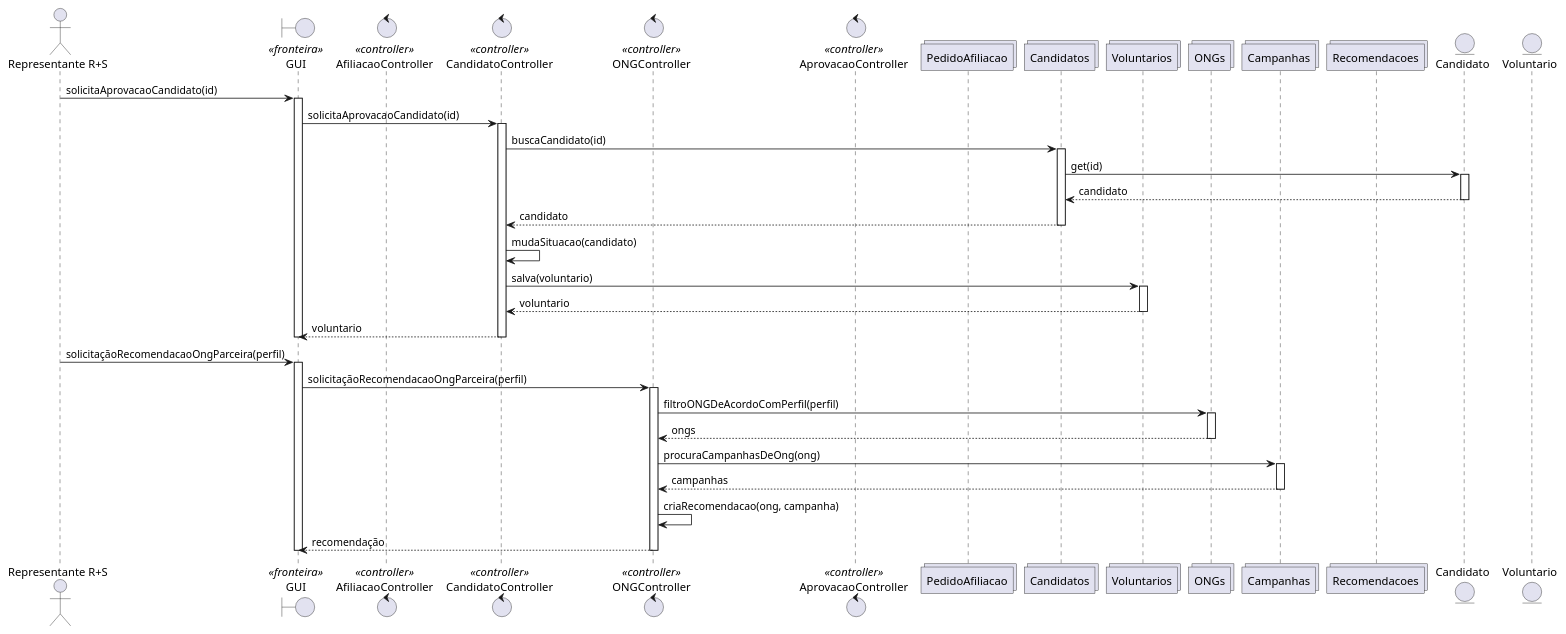
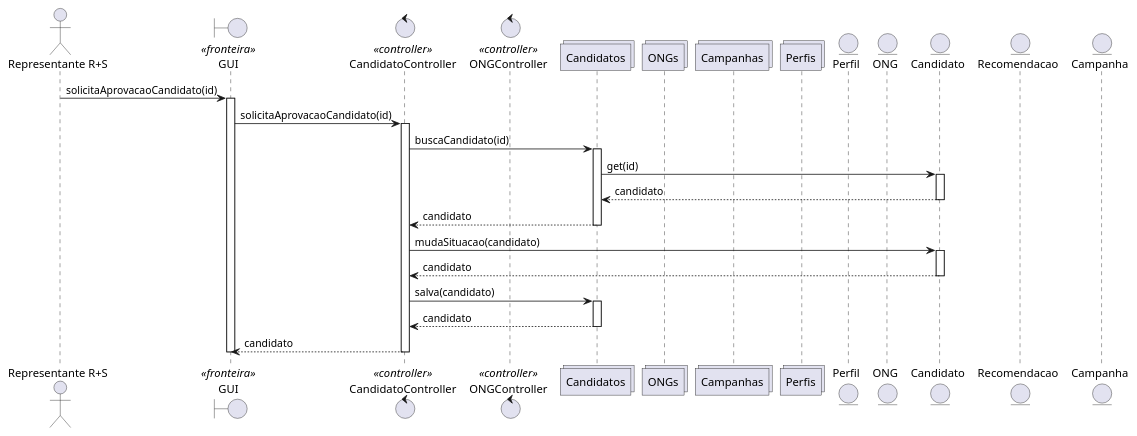
Before and after one commit to guisgiacomini/redeMaisSocialProjetoSoftware: the diagram in diagrama-sequencia/uc003/fluxo-principal/fluxo-principal-2.puml, drawn with PlantUML. The commit also changed 3 other files, not shown here.

Commit message:
Atualizando diagrama de sequencia uc003

```diff
--- a/diagrama-sequencia/uc003/fluxo-principal/fluxo-principal-2.puml
+++ b/diagrama-sequencia/uc003/fluxo-principal/fluxo-principal-2.puml
@@ -1,62 +1,48 @@
 @startuml
 actor "Representante R+S" as representante
 boundary "GUI" as gui <<fronteira>>
-control "AfiliacaoController" as afiliacaoController <<controller>>
 control "CandidatoController" as candidatoController <<controller>>
 control "ONGController" as ongController<<controller>>
-control "AprovacaoController" as aprovacaoController<<controller>>
-collections "PedidoAfiliacao" as pedidoAfiliacao
+
 collections "Candidatos" as candidatos
-collections "Voluntarios" as voluntarios
 collections "ONGs" as ongs
 collections "Campanhas" as campanhas
-collections "Recomendacoes" as recomendacoes
+collections "Perfis" as perfis
+
+entity "Perfil" as perfil
+entity "ONG" as ong
 entity "Candidato" as candidato
-entity "Voluntario" as voluntario
+entity "Recomendacao" as recomendacao
+entity "Campanha" as campanha
 
 representante -> gui: solicitaAprovacaoCandidato(id)
 activate gui
     gui -> candidatoController: solicitaAprovacaoCandidato(id)
     activate candidatoController
         candidatoController -> candidatos: buscaCandidato(id)
         activate candidatos
             
             candidatos -> candidato: get(id)
             activate candidato
                 candidato --> candidatos: candidato
             deactivate candidato
 
         candidatos --> candidatoController: candidato
         deactivate candidatos
 
-        candidatoController -> candidatoController: mudaSituacao(candidato)
-        candidatoController -> voluntarios: salva(voluntario)
+        candidatoController -> candidato: mudaSituacao(candidato)
+        activate candidato
+            candidato --> candidatoController: candidato
+        deactivate candidato
 
-        activate voluntarios
-            voluntarios --> candidatoController: voluntario
-        deactivate voluntarios
+        candidatoController -> candidatos: salva(candidato)
 
-    candidatoController --> gui: voluntario
+        activate candidatos
+            candidatos--> candidatoController: candidato
+        deactivate candidatos
+
+    candidatoController --> gui: candidato
     deactivate candidatoController
 deactivate gui
 
-representante -> gui: solicitaçãoRecomendacaoOngParceira(perfil)
-activate gui
-    gui -> ongController: solicitaçãoRecomendacaoOngParceira(perfil)
-    activate ongController
-        ongController -> ongs: filtroONGDeAcordoComPerfil(perfil)
-        activate ongs
-            ongs --> ongController: ongs
-        deactivate ongs
-        ongController -> campanhas: procuraCampanhasDeOng(ong)
-        activate campanhas
-            campanhas --> ongController: campanhas
-        deactivate campanhas
-
-        ongController -> ongController: criaRecomendacao(ong, campanha)
-        ongController --> gui: recomendação 
-    deactivate ongController
-deactivate gui
-
-
 @enduml
```
